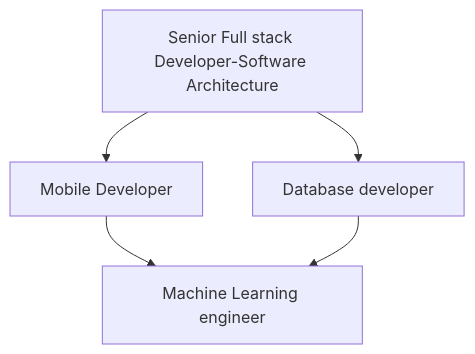
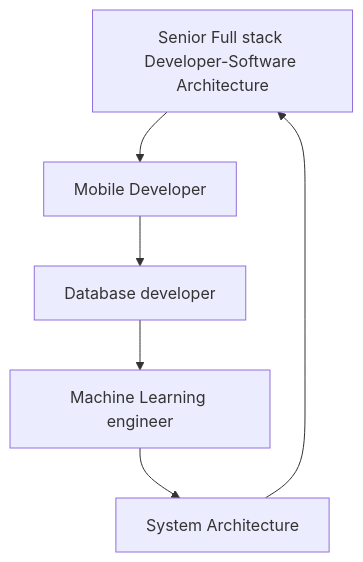
One commit to saskw2010/saskw2010 changed the first of 4 diagrams in README.md. Above: the diagram before and after it, drawn with Mermaid.

````diff
--- a/README.md
+++ b/README.md
@@ -8,7 +8,9 @@
 ```mermaid
 	graph TD;
   	 	A[Senior Full stack Developer-Software Architecture]-->B[Mobile Developer];
-   	 	A-->C[Database developer];
-	 	B-->D[Machine Learning engineer];
-	 	C-->D;
+   	 	B-->C[Database developer];
+	 	C-->D[Machine Learning engineer];
+	 	D-->E[System Architecture];
+		E-->A;
+		
 ```
````
